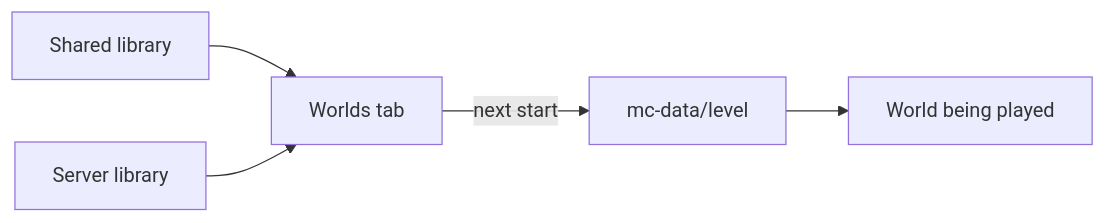
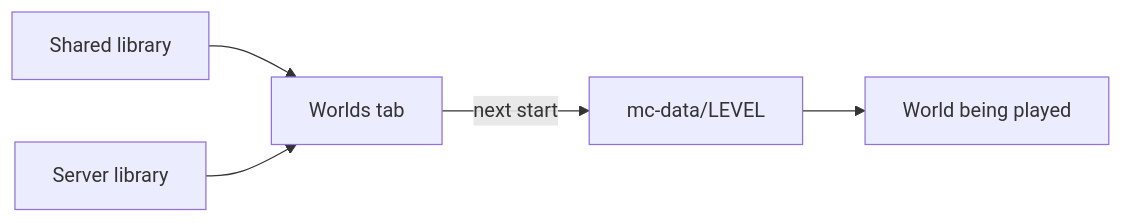
The first of 2 diagrams in doc/worlds.md (Ketbome/minepanel), drawn with Mermaid before and after one commit. The commit also changed 7 other files, not shown here.

Commit message:
docs: address review on the admin reset SQL, token lifetime, CI wording, imports and diagrams

````diff
--- a/doc/worlds.md
+++ b/doc/worlds.md
@@ -22,7 +22,7 @@
 ```mermaid
 flowchart LR
     G["Shared library"] --> T["Worlds tab"]
     L["Server library"] --> T
-    T -->|"next start"| D["mc-data/level"]
+    T -->|"next start"| D["mc-data/LEVEL"]
     D --> P["World being played"]
 ```
````
